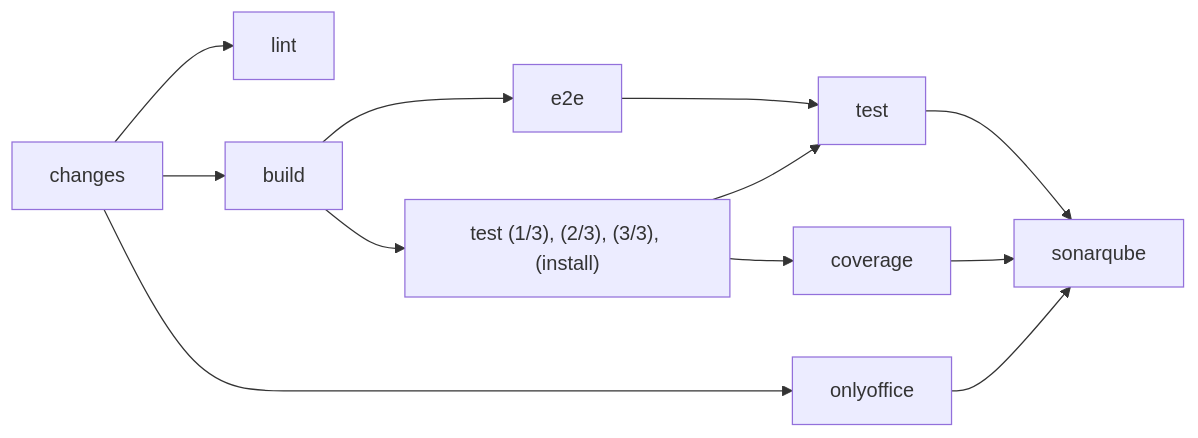
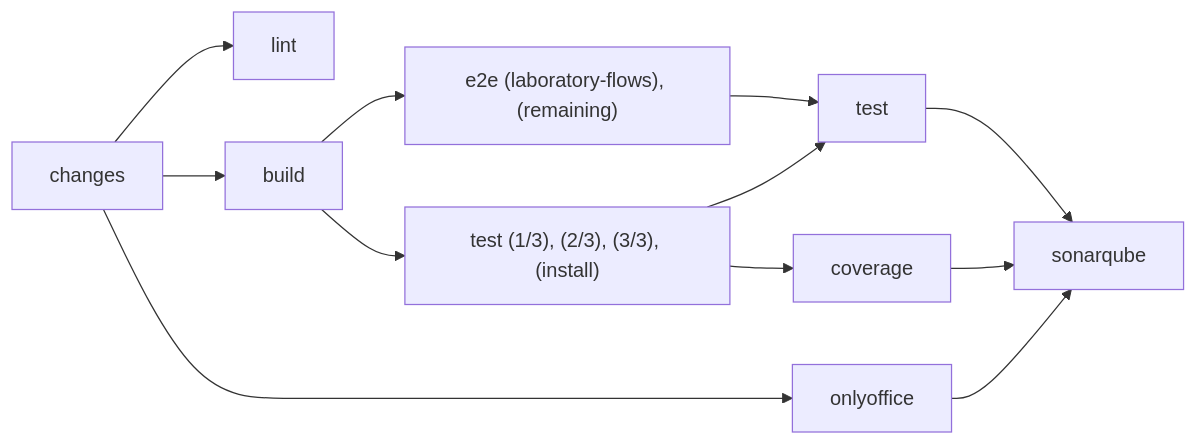
The first of 5 diagrams in docs/infrastructure/pipelines.md (SoltuneMontepre/medilab), drawn with Mermaid before and after one commit. The commit also changed other lines of this file and 2 other files, not shown here.

````diff
--- a/docs/infrastructure/pipelines.md
+++ b/docs/infrastructure/pipelines.md
@@ -26,9 +26,9 @@
 ```mermaid
 flowchart LR
     changes --> lint
     changes --> build --> runners["test (1/3), (2/3), (3/3), (install)"]
-    build --> e2e --> test
+    build --> e2e["e2e (laboratory-flows), (remaining)"] --> test
     runners --> test --> sonarqube
     runners --> coverage --> sonarqube
     changes --> onlyoffice --> sonarqube
 ```
````
